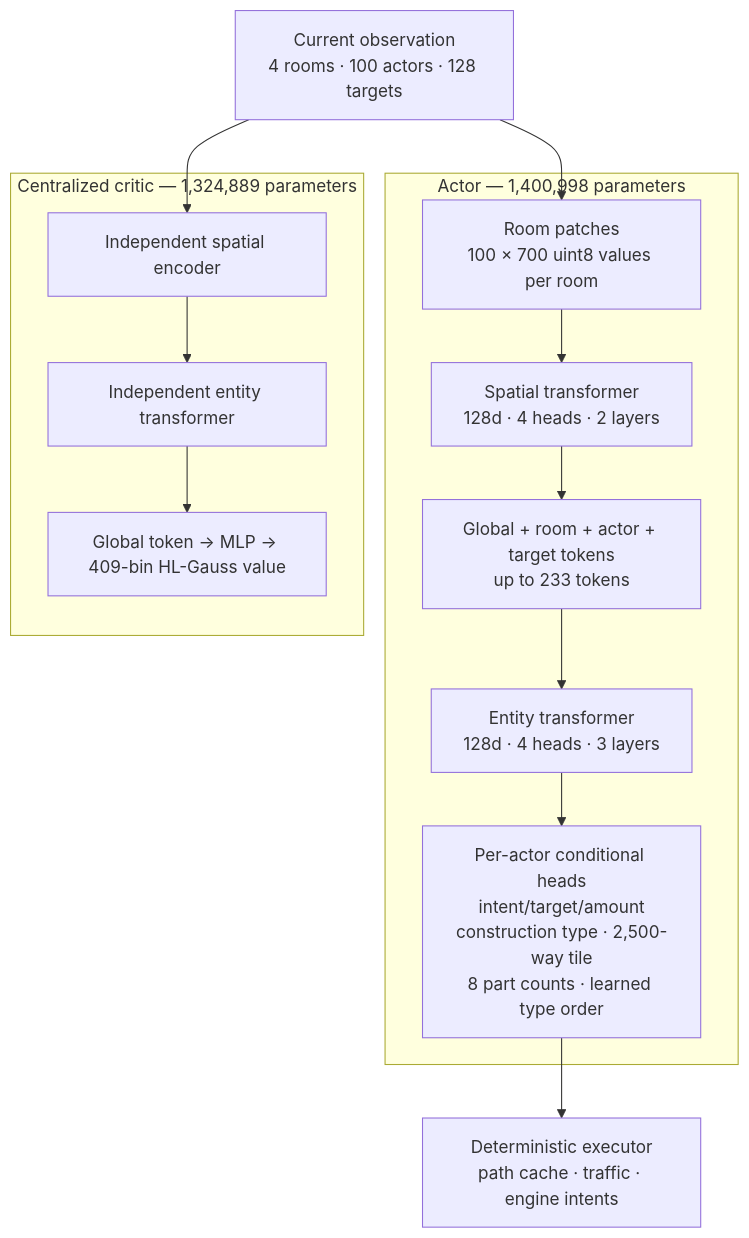
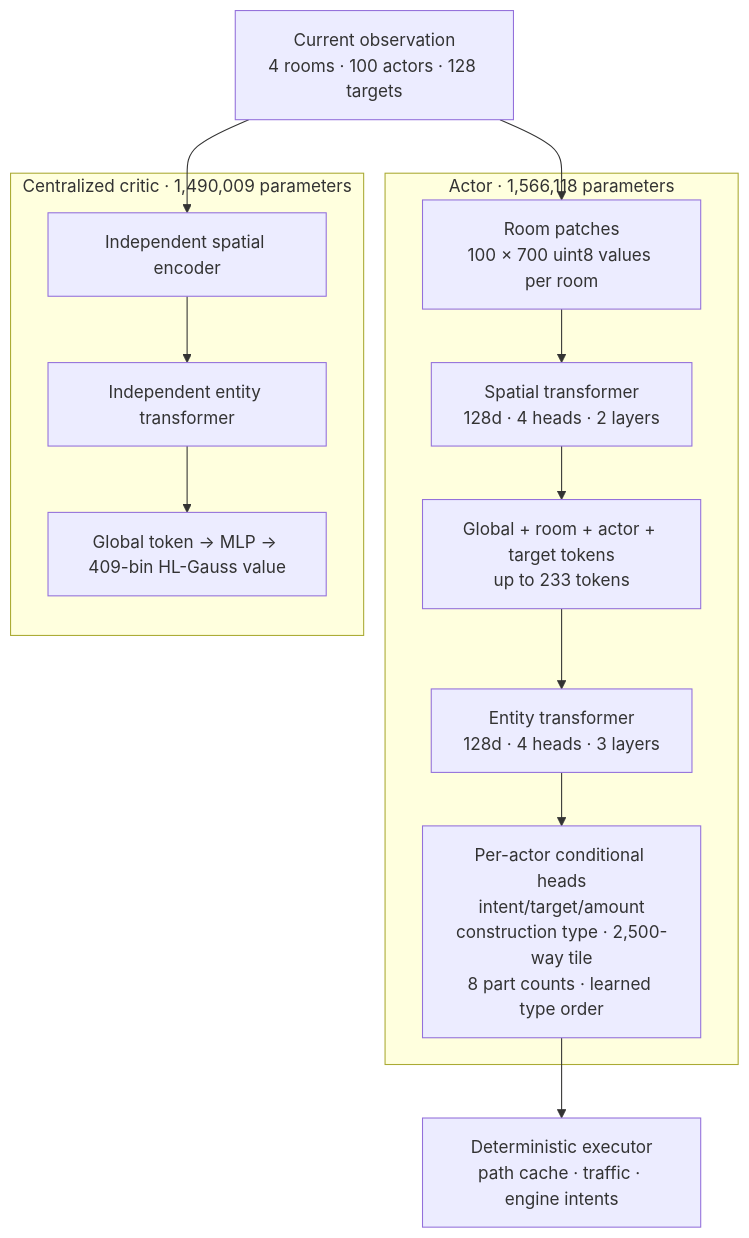
Before and after one commit to CarsonBurke/xxscreeps: the diagram in samples/rl/docs/ARCHITECTURE.md, drawn with Mermaid. The commit also changed other lines of this file and 2 other files, not shown here.

````diff
--- a/samples/rl/docs/ARCHITECTURE.md
+++ b/samples/rl/docs/ARCHITECTURE.md
@@ -22,25 +22,25 @@
 ```mermaid
 flowchart TB
     O["Current observation<br/>4 rooms · 100 actors · 128 targets"]
 
-    subgraph A["Actor — 1,400,998 parameters"]
+    subgraph A["Actor · 1,566,118 parameters"]
         A1["Room patches<br/>100 × 700 uint8 values per room"]
         A2["Spatial transformer<br/>128d · 4 heads · 2 layers"]
         A3["Global + room + actor + target tokens<br/>up to 233 tokens"]
         A4["Entity transformer<br/>128d · 4 heads · 3 layers"]
         A5["Per-actor conditional heads<br/>intent/target/amount<br/>construction type · 2,500-way tile<br/>8 part counts · learned type order"]
         A1 --> A2 --> A3 --> A4 --> A5
     end
 
-    subgraph C["Centralized critic — 1,324,889 parameters"]
+    subgraph C["Centralized critic · 1,490,009 parameters"]
         C1["Independent spatial encoder"]
         C2["Independent entity transformer"]
         C3["Global token → MLP → 409-bin HL-Gauss value"]
         C1 --> C2 --> C3
     end
 
     E["Deterministic executor<br/>path cache · traffic · engine intents"]
     O --> A1
     O --> C1
     A5 --> E
 ```
````
